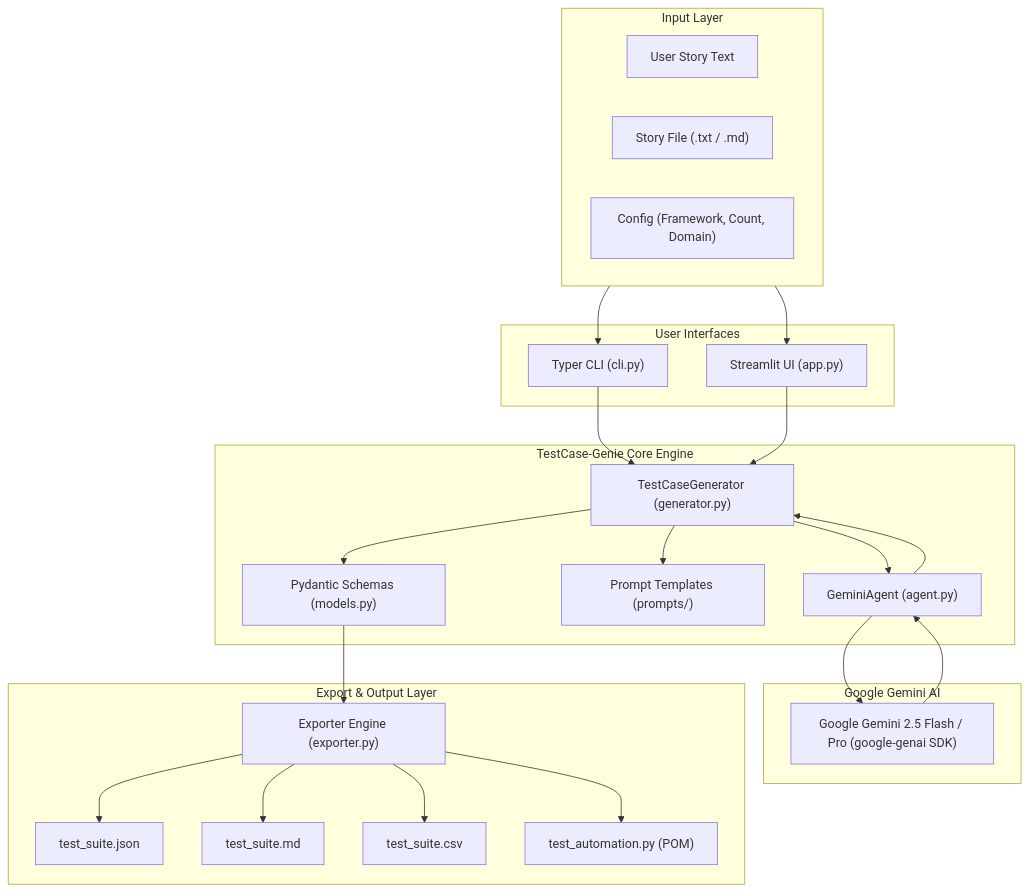
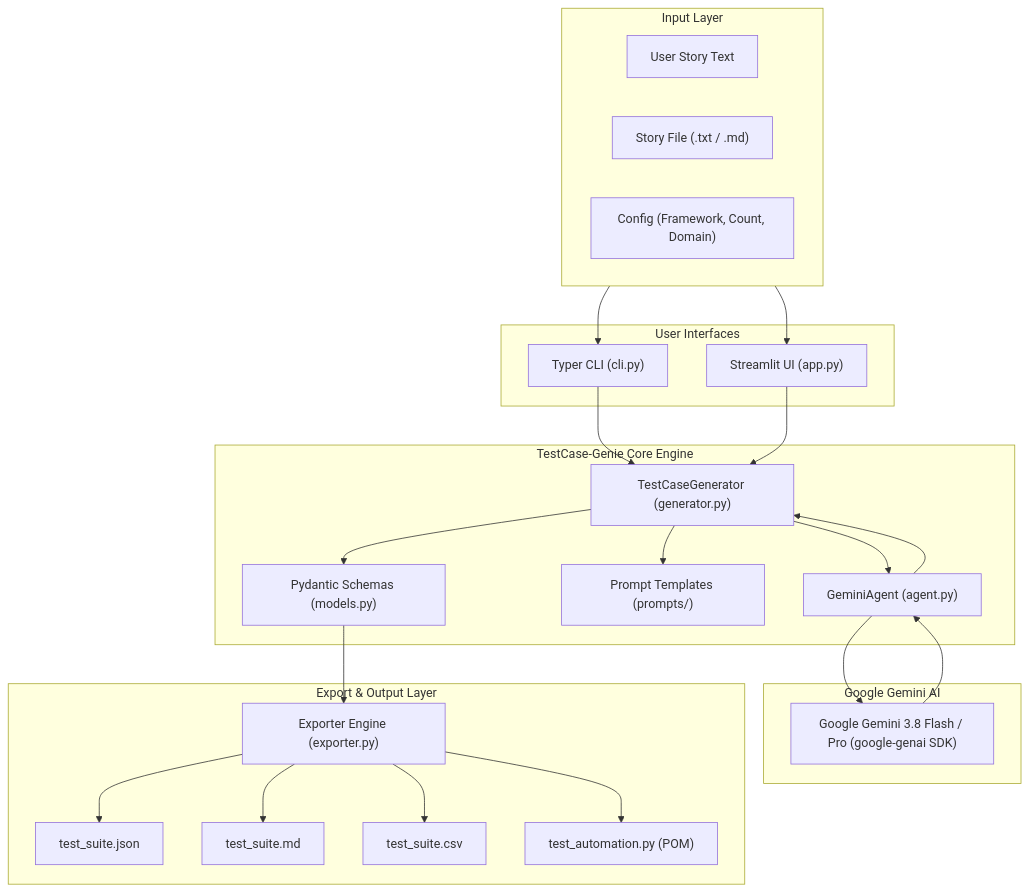
Before and after one commit to afreenzohra/testcase-genie: the first of 2 diagrams in docs/architecture.md, drawn with Mermaid. The commit also changed 1 other file, not shown here.

Commit message:
docs: update model references to gemini-3.8-flash

````diff
--- a/docs/architecture.md
+++ b/docs/architecture.md
@@ -9,48 +9,48 @@
 ```mermaid
 flowchart TD
     subgraph Inputs ["Input Layer"]
         StoryText["User Story Text"]
         StoryFile["Story File (.txt / .md)"]
         Config["Config (Framework, Count, Domain)"]
     end
 
     subgraph Interfaces ["User Interfaces"]
         CLI["Typer CLI (cli.py)"]
         WebUI["Streamlit UI (app.py)"]
     end
 
     subgraph CoreEngine ["TestCase-Genie Core Engine"]
         Generator["TestCaseGenerator (generator.py)"]
         Agent["GeminiAgent (agent.py)"]
         Prompts["Prompt Templates (prompts/)"]
         Models["Pydantic Schemas (models.py)"]
     end
 
     subgraph LLM ["Google Gemini AI"]
-        GeminiAPI["Google Gemini 2.5 Flash / Pro (google-genai SDK)"]
+        GeminiAPI["Google Gemini 3.8 Flash / Pro (google-genai SDK)"]
     end
 
     subgraph Serialization ["Export & Output Layer"]
         Exporter["Exporter Engine (exporter.py)"]
         JSONOut["test_suite.json"]
         MDOut["test_suite.md"]
         CSVOut["test_suite.csv"]
         CodeOut["test_automation.py (POM)"]
     end
 
     Inputs --> CLI
     Inputs --> WebUI
     CLI --> Generator
     WebUI --> Generator
     Generator --> Prompts
     Generator --> Agent
     Agent --> GeminiAPI
     GeminiAPI --> Agent
     Agent --> Generator
     Generator --> Models
     Models --> Exporter
     Exporter --> JSONOut
     Exporter --> MDOut
     Exporter --> CSVOut
     Exporter --> CodeOut
 ```
````
